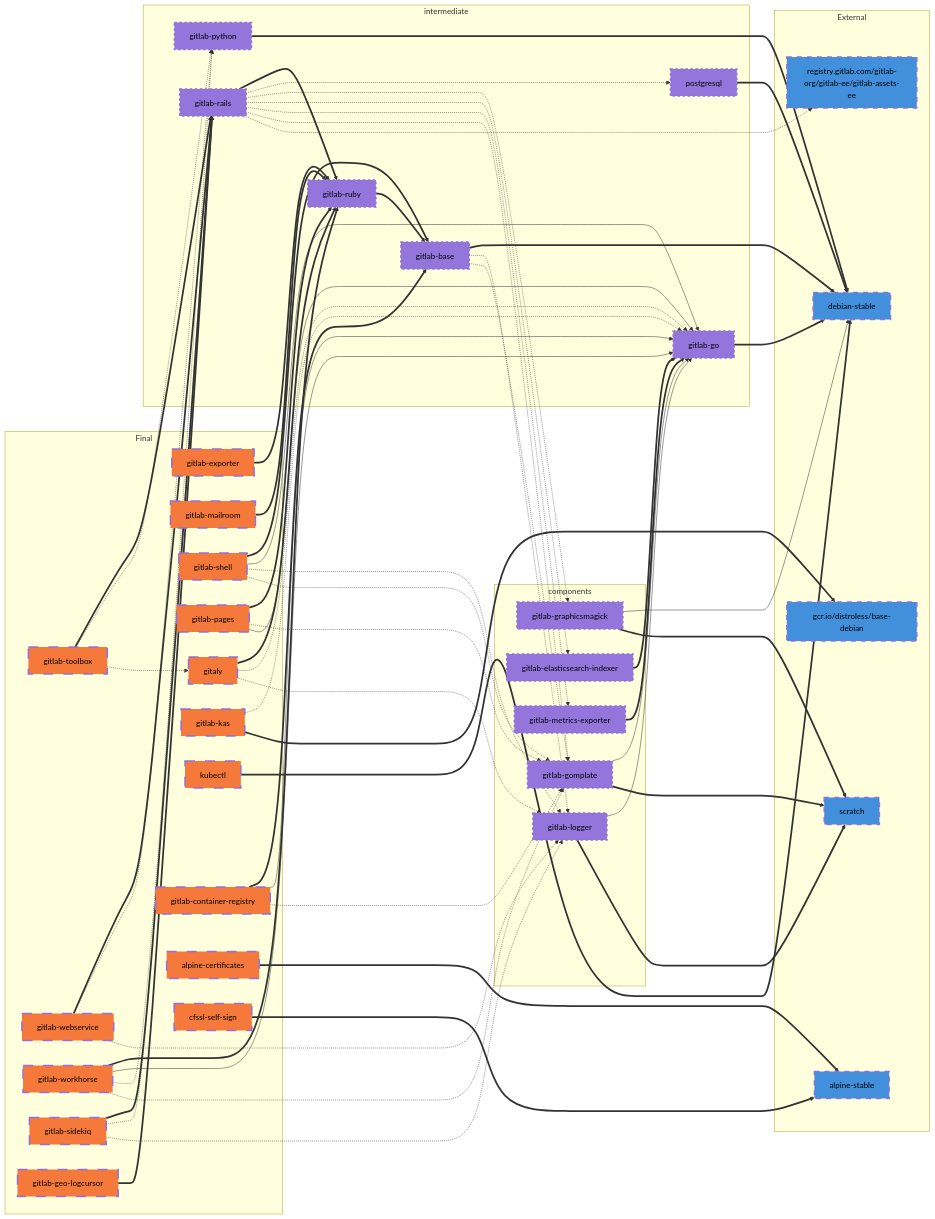
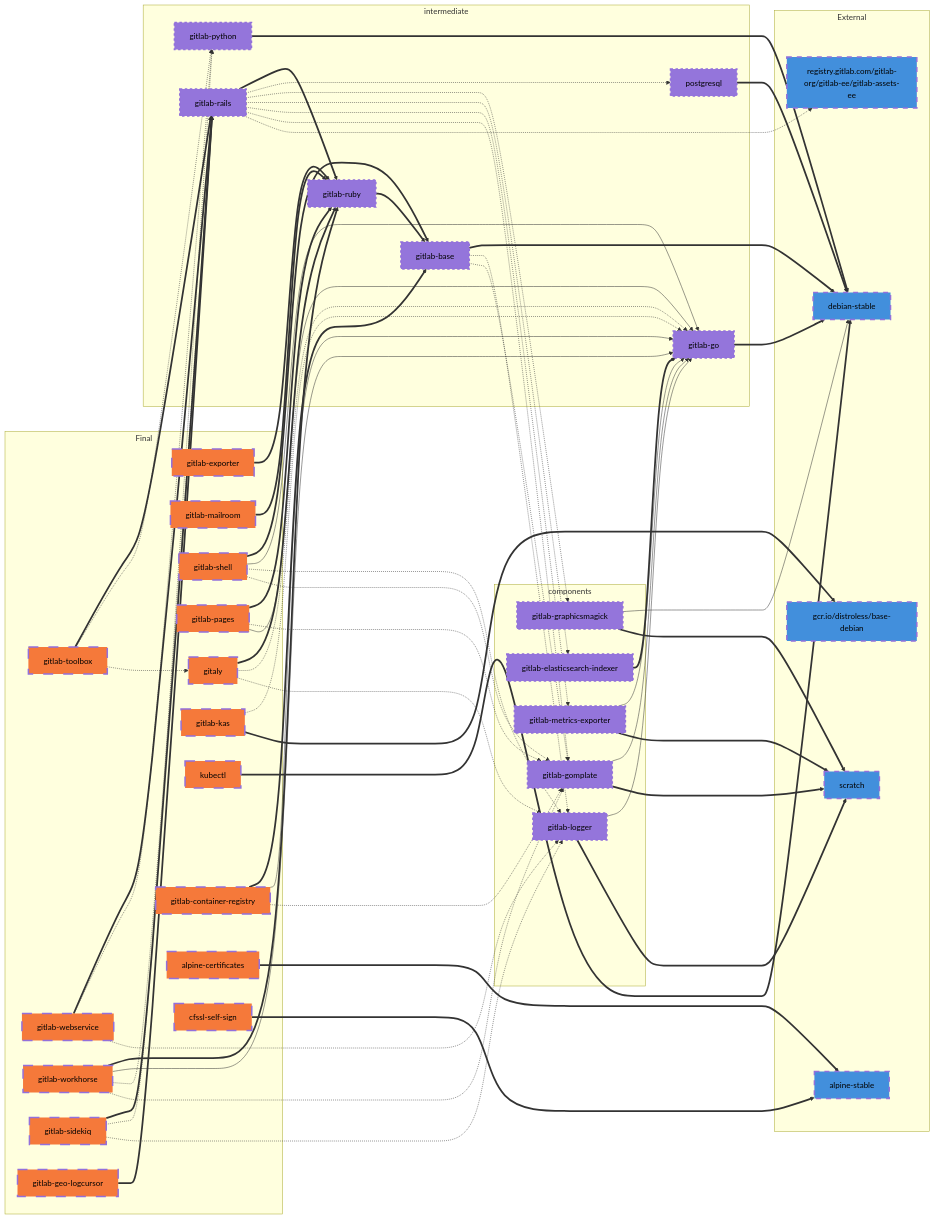
The second of 2 diagrams in docs/build.md (tachyons/gitlab-pages), drawn with Mermaid before and after one commit. The commit also changed other lines of this file and 1 other file, not shown here.

Commit message:
gitlab-metrics-exporter: convert to asset image

```diff
--- a/docs/build.md
+++ b/docs/build.md
@@ -536,7 +536,8 @@
   gitlab-shell-.->gitlab-gomplate;
 
   gitlab-elasticsearch-indexer==>gitlab-go;
-  gitlab-metrics-exporter==>gitlab-go;
+  gitlab-metrics-exporter-->gitlab-go;
+  gitlab-metrics-exporter==>scratch;
 
   gitaly==>gitlab-ruby;
   gitaly-.->gitlab-go;
```
